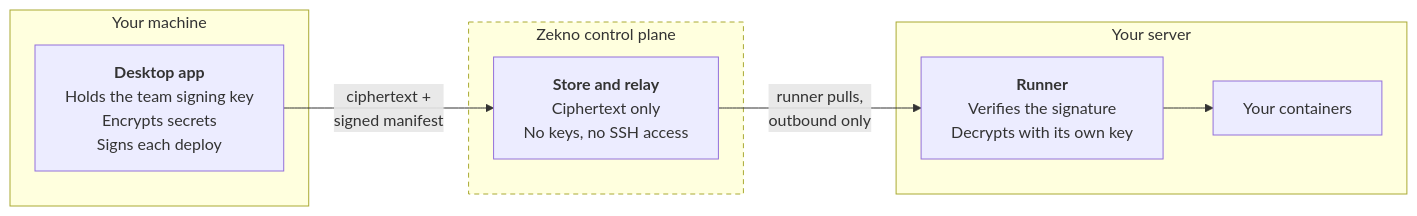
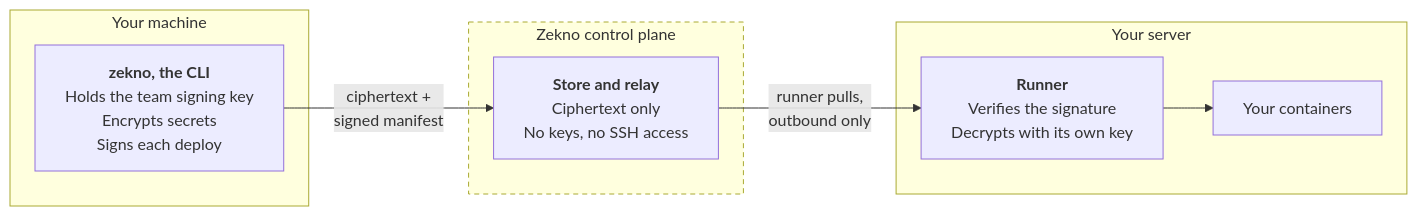
The second of 3 diagrams in README.md (zekno-app/zekno), drawn with Mermaid before and after one commit. The commit also changed other lines of this file and 3 other files, not shown here.

````diff
--- a/README.md
+++ b/README.md
@@ -40,21 +90,21 @@
 ```mermaid
 flowchart LR
     subgraph you["Your machine"]
-        app["<b>Desktop app</b><br/>Holds the team signing key<br/>Encrypts secrets<br/>Signs each deploy"]
+        app["<b>zekno, the CLI</b><br/>Holds the team signing key<br/>Encrypts secrets<br/>Signs each deploy"]
     end
 
     subgraph cloud["Zekno control plane"]
         cp["<b>Store and relay</b><br/>Ciphertext only<br/>No keys, no SSH access"]
     end
 
     subgraph server["Your server"]
         runner["<b>Runner</b><br/>Verifies the signature<br/>Decrypts with its own key"]
         containers["Your containers"]
         runner --> containers
     end
 
     app -- "ciphertext +<br/>signed manifest" --> cp
     cp -- "runner pulls,<br/>outbound only" --> runner
 
     style cloud stroke-dasharray: 5 4
 ```
````
